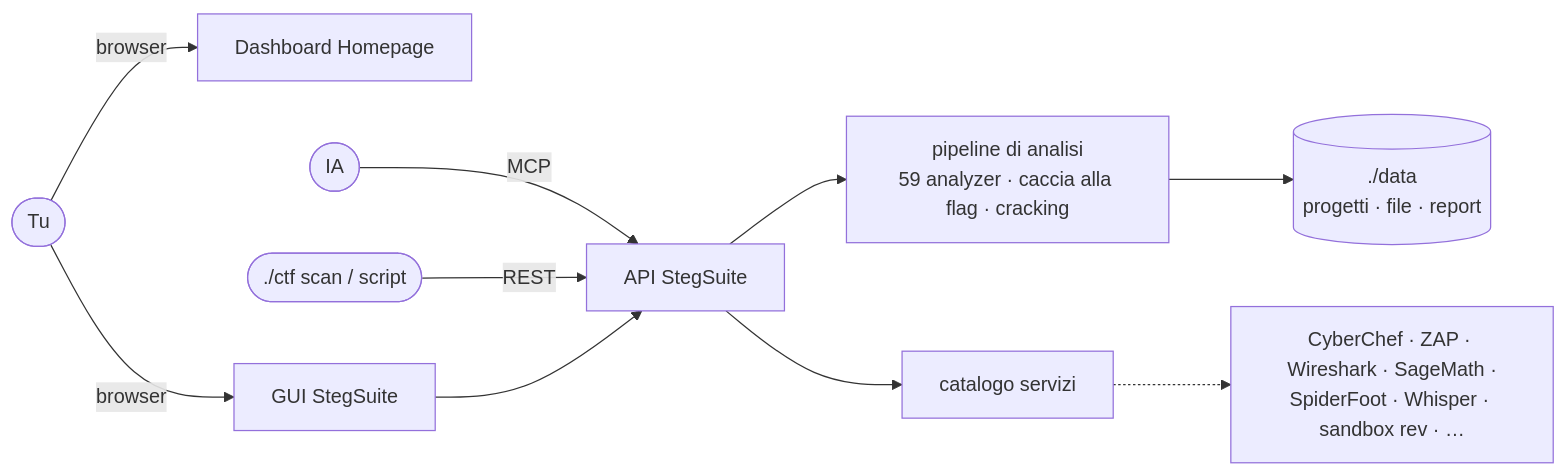
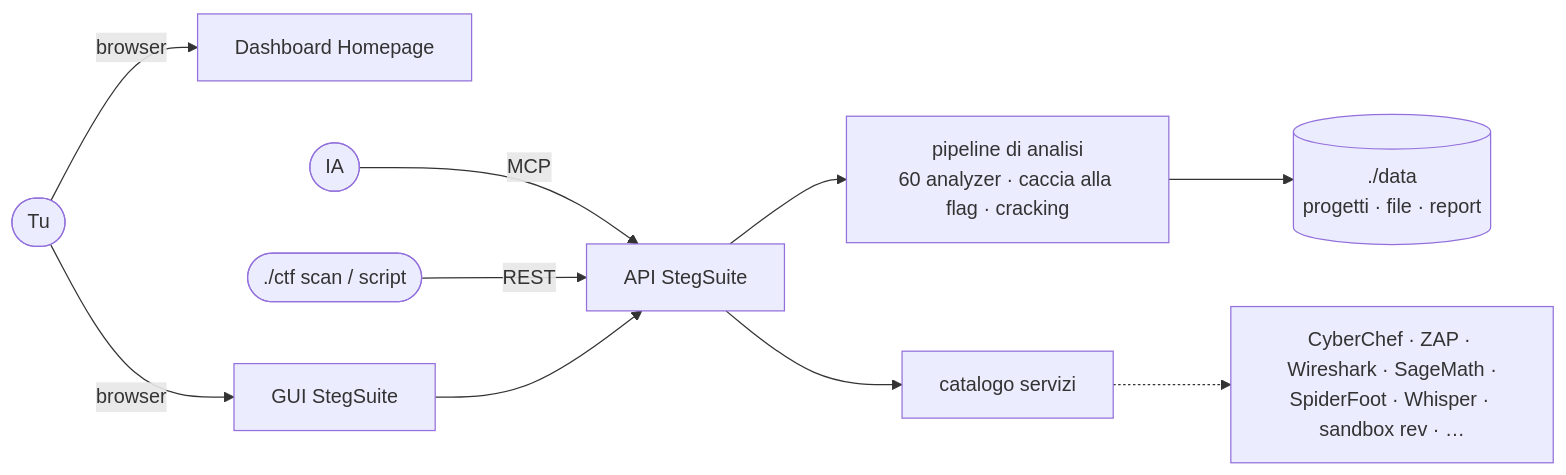
One commit to dexRand/ctf-docker changed the diagram in README.it.md. Above: the diagram before and after it, drawn with Mermaid. The commit also changed other lines of this file and 14 other files, not shown here.

````diff
--- a/README.it.md
+++ b/README.it.md
@@ -88,12 +88,12 @@
 ```mermaid
 flowchart LR
   tu([Tu]) -->|browser| dash[Dashboard Homepage]
   tu -->|browser| ss[GUI StegSuite]
   ia([IA]) -->|MCP| api
   cli([./ctf scan / script]) -->|REST| api
   ss --> api[API StegSuite]
-  api --> pipe[pipeline di analisi<br/>59 analyzer · caccia alla flag · cracking]
+  api --> pipe[pipeline di analisi<br/>60 analyzer · caccia alla flag · cracking]
   pipe --> data[(./data<br/>progetti · file · report)]
   api --> svc[catalogo servizi]
   svc -.-> tools[CyberChef · ZAP · Wireshark · SageMath ·<br/>SpiderFoot · Whisper · sandbox rev · …]
 ```
````
